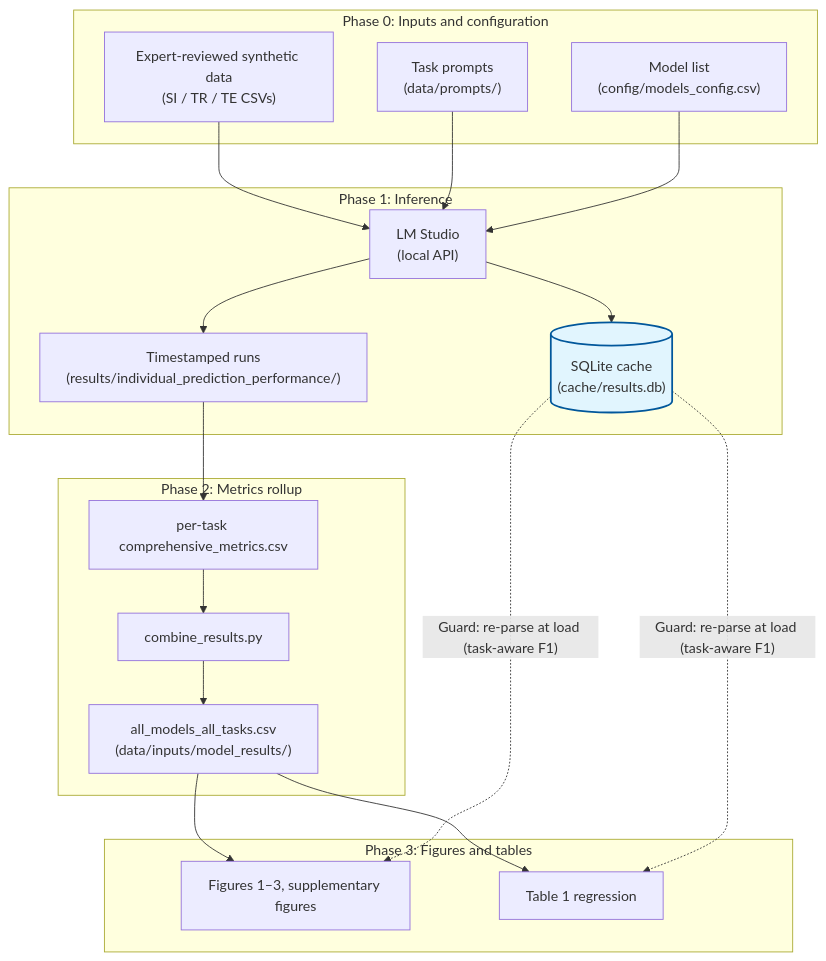
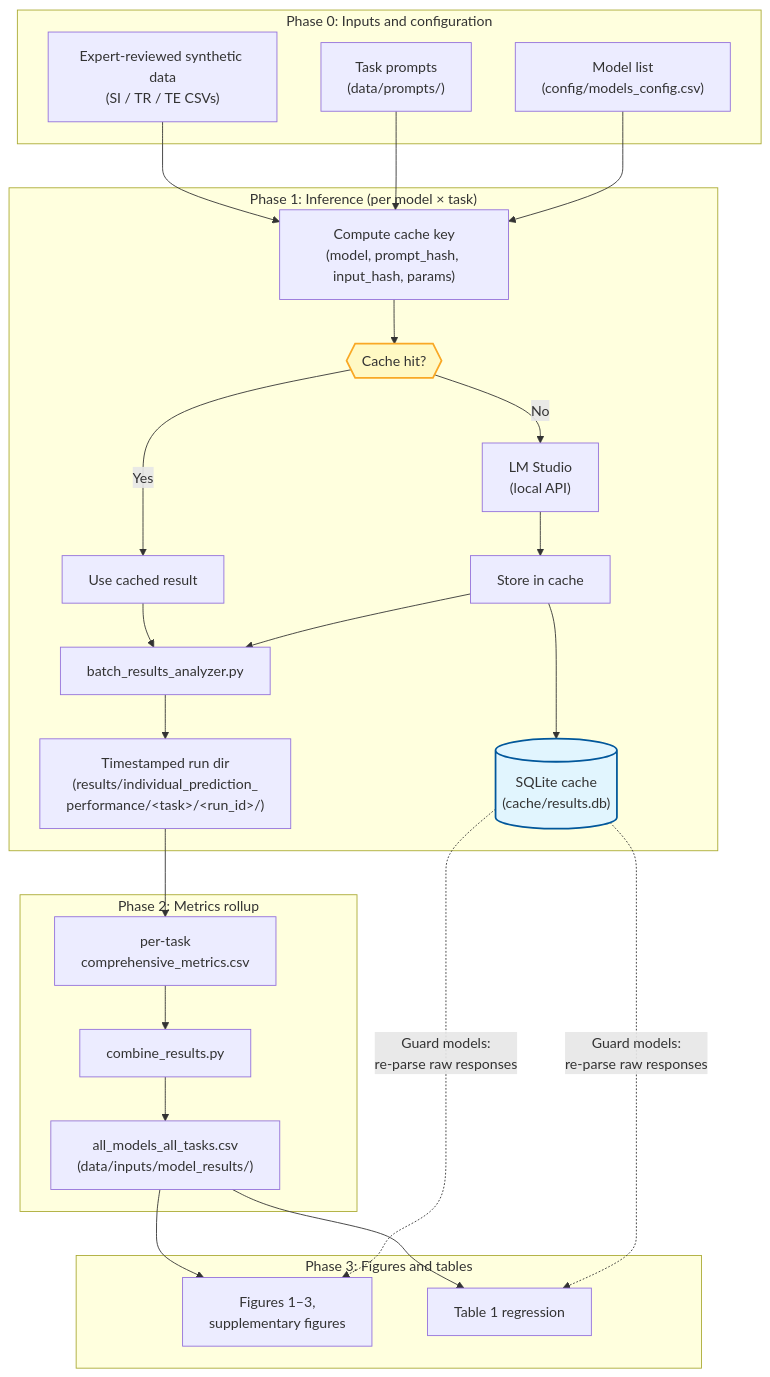
Before and after one commit to markkalinich/mental-health-finetune-analysis: the diagram in README.md, drawn with Mermaid. The commit also changed 3 other files, not shown here.

First line of the commit message:
Provenance: structured task inputs + params; fix data-flow diagram

````diff
--- a/README.md
+++ b/README.md
@@ -23,32 +23,38 @@
 ```mermaid
 flowchart TB
     subgraph P0["Phase 0: Inputs and configuration"]
         data["Expert-reviewed synthetic data\n(SI / TR / TE CSVs)"]
         prompts["Task prompts\n(data/prompts/)"]
         cfg["Model list\n(config/models_config.csv)"]
     end
 
-    subgraph P1["Phase 1: Inference"]
-        lms["LM Studio\n(local API)"]
-        data --> lms
-        prompts --> lms
-        cfg --> lms
-        lms --> cache[("SQLite cache\n(cache/results.db)")]
-        lms --> runs["Timestamped runs\n(results/individual_prediction_performance/)"]
+    subgraph P1["Phase 1: Inference (per model × task)"]
+        data --> keygen["Compute cache key\n(model, prompt_hash, input_hash, params)"]
+        prompts --> keygen
+        cfg --> keygen
+        keygen --> check{{"Cache hit?"}}
+        check -->|"Yes"| cached_val["Use cached result"]
+        check -->|"No"| lms["LM Studio\n(local API)"]
+        lms --> store["Store in cache"]
+        store --> cache[("SQLite cache\n(cache/results.db)")]
+        cached_val --> analyze["batch_results_analyzer.py"]
+        store --> analyze
+        analyze --> runs["Timestamped run dir\n(results/individual_prediction_\nperformance/&lt;task&gt;/&lt;run_id&gt;/)"]
     end
 
     subgraph P2["Phase 2: Metrics rollup"]
-        runs --> per_task["per-task comprehensive_metrics.csv"]
+        runs --> per_task["per-task\ncomprehensive_metrics.csv"]
         per_task --> combine["combine_results.py"]
         combine --> combined["all_models_all_tasks.csv\n(data/inputs/model_results/)"]
     end
 
     subgraph P3["Phase 3: Figures and tables"]
-        combined --> figs["Figures 1–3, supplementary figures"]
+        combined --> figs["Figures 1–3,\nsupplementary figures"]
         combined --> tab1["Table 1 regression"]
-        cache -.->|"Guard: re-parse at load (task-aware F1)"| figs
-        cache -.->|"Guard: re-parse at load (task-aware F1)"| tab1
+        cache -.->|"Guard models:\nre-parse raw responses"| figs
+        cache -.->|"Guard models:\nre-parse raw responses"| tab1
     end
 
     style cache fill:#e1f5fe,stroke:#01579b,stroke-width:2px
+    style check fill:#fff9c4,stroke:#f9a825,stroke-width:2px
 ```
````
